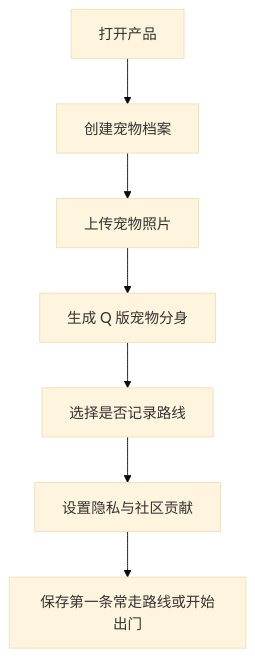
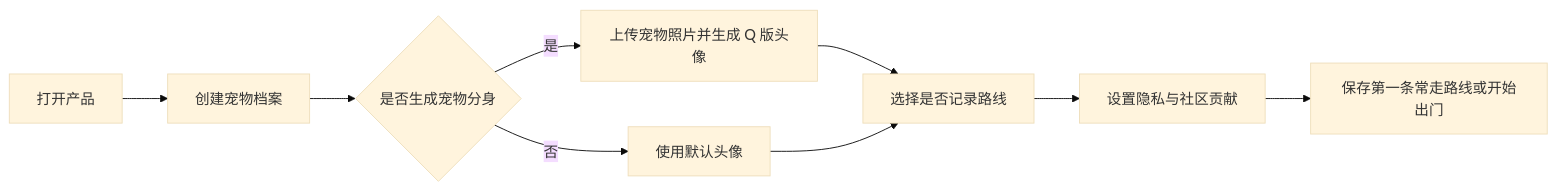
Before and after one commit to 1pitaph/PawPilot: the first of 6 diagrams in docs/prd-pet-mobility-agent.md, drawn with Mermaid (base theme). The commit also changed other lines of this file and 2 other files, not shown here.

````diff
--- a/docs/prd-pet-mobility-agent.md
+++ b/docs/prd-pet-mobility-agent.md
@@ -595,9 +235,11 @@
 ```{mermaid}
-flowchart TD
+flowchart LR
     A[打开产品] --> B[创建宠物档案]
-    B --> C[上传宠物照片]
-    C --> D[生成 Q 版宠物分身]
-    D --> E[选择是否记录路线]
-    E --> F[设置隐私与社区贡献]
-    F --> G[保存第一条常走路线或开始出门]
+    B --> C{是否生成宠物分身}
+    C -- 是 --> D[上传宠物照片并生成 Q 版头像]
+    C -- 否 --> E[使用默认头像]
+    D --> F[选择是否记录路线]
+    E --> F
+    F --> G[设置隐私与社区贡献]
+    G --> H[保存第一条常走路线或开始出门]
 ```
````
